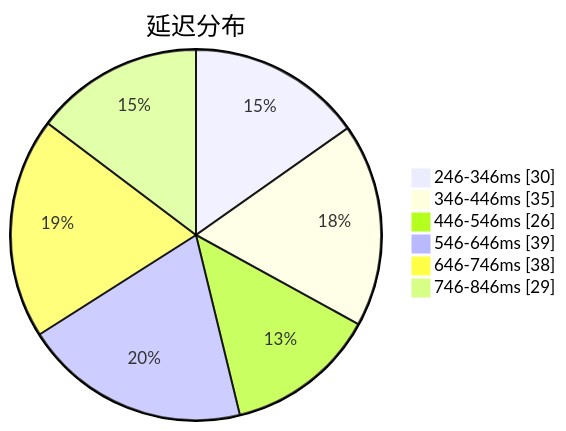
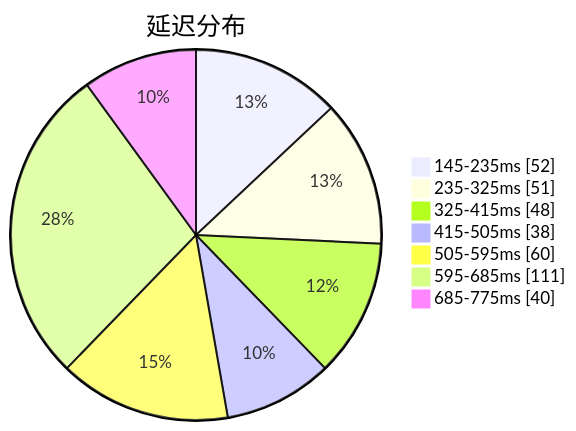
Before and after one commit to qjlxg/airport: the first of 3 diagrams in subs/statistics/tested_within.md, drawn with Mermaid. The commit also changed other lines of this file and 2 other files, not shown here.

Commit message:
Tested by metaST

````diff
--- a/subs/statistics/tested_within.md
+++ b/subs/statistics/tested_within.md
@@ -2,10 +2,11 @@
 ```mermaid
 pie showData
 title 延迟分布
-"246-346ms" : 30
-"346-446ms" : 35
-"446-546ms" : 26
-"546-646ms" : 39
-"646-746ms" : 38
-"746-846ms" : 29
+"145-235ms" : 52
+"235-325ms" : 51
+"325-415ms" : 48
+"415-505ms" : 38
+"505-595ms" : 60
+"595-685ms" : 111
+"685-775ms" : 40
 ```
````
